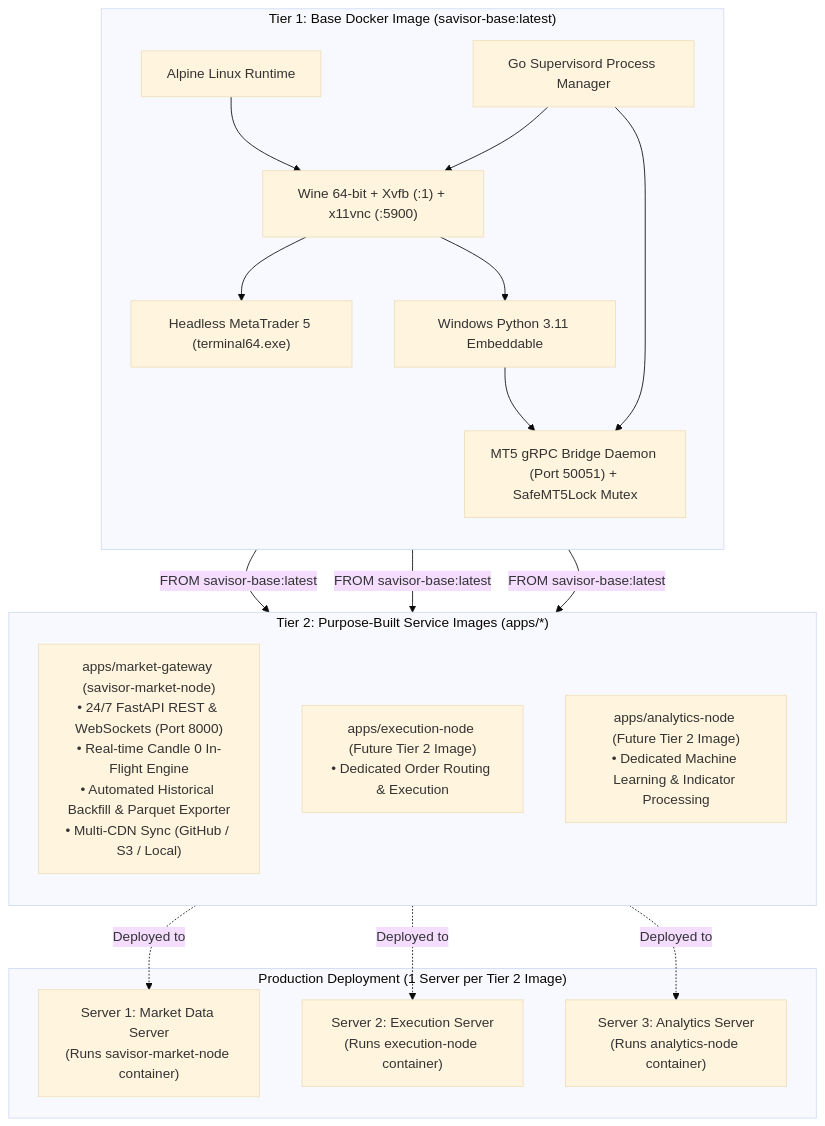
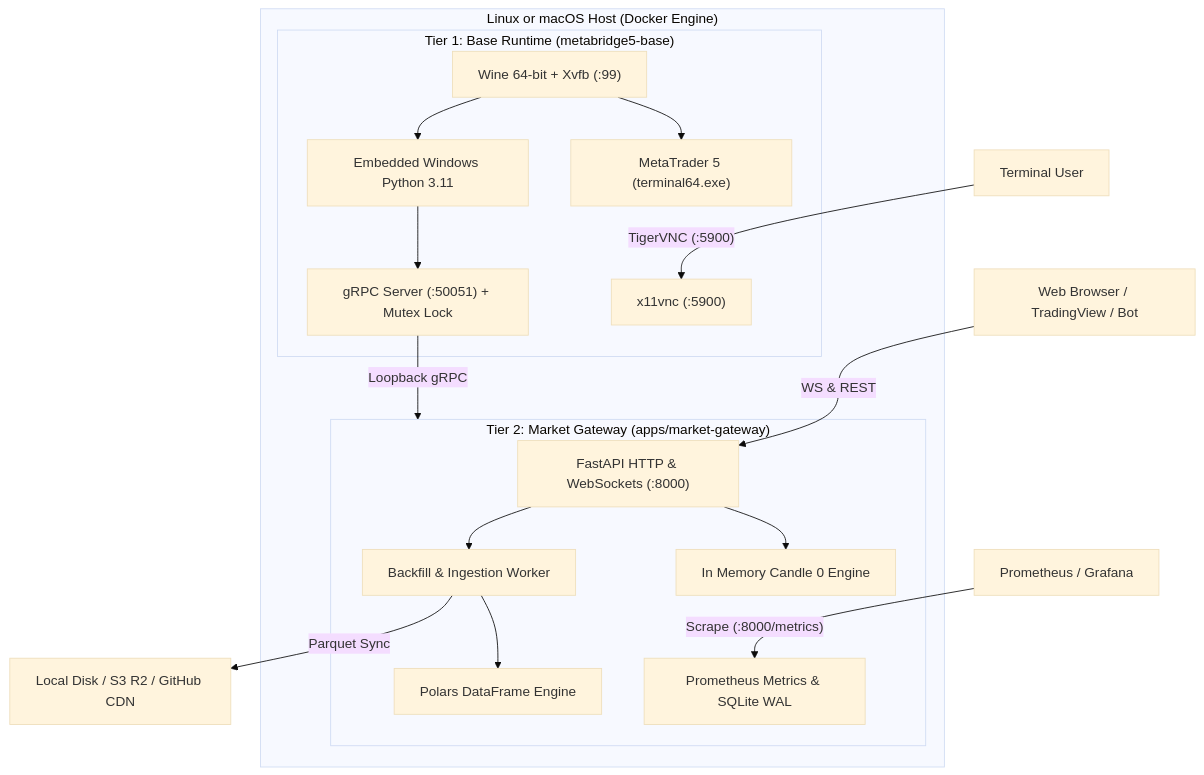
One commit to devffex/MetaBridge5 changed the first of 4 diagrams in README.md. Above: the diagram before and after it, drawn with Mermaid (base theme). The commit also changed other lines of this file and 74 other files, not shown here.

Commit message:
feat: transition to MetaBridge5 with portable MT5 setup, backfill pipeline enhancements, and production docs

````diff
--- a/README.md
+++ b/README.md
@@ -13,40 +29,33 @@
 ```mermaid
 flowchart TD
-    subgraph Tier1 ["Tier 1: Base Docker Image (savisor-base:latest)"]
-        direction TB
-        AlpineOS["Alpine Linux Runtime"]
-        WineEnv["Wine 64-bit + Xvfb (:1) + x11vnc (:5900)"]
-        MT5Engine["Headless MetaTrader 5 (terminal64.exe)"]
-        WinPython["Windows Python 3.11 Embeddable"]
-        GRPCDaemon["MT5 gRPC Bridge Daemon (Port 50051) + SafeMT5Lock Mutex"]
-        GoSupervisord["Go Supervisord Process Manager"]
-        
-        AlpineOS --> WineEnv
-        WineEnv --> MT5Engine
-        WineEnv --> WinPython
-        WinPython --> GRPCDaemon
-        GoSupervisord --> WineEnv
-        GoSupervisord --> GRPCDaemon
+    subgraph Host ["Linux or macOS Host (Docker Engine)"]
+        subgraph BaseNode ["Tier 1: Base Runtime (metabridge5-base)"]
+            Wine["Wine 64-bit + Xvfb (:99)"]
+            MT5["MetaTrader 5 (terminal64.exe)"]
+            WinPy["Embedded Windows Python 3.11"]
+            Daemon["gRPC Server (:50051) + Mutex Lock"]
+            VNC["x11vnc (:5900)"]
+            Wine --> MT5
+            Wine --> WinPy
+            WinPy --> Daemon
+        end
+
+        subgraph MarketGateway ["Tier 2: Market Gateway (apps/market-gateway)"]
+            FastAPI["FastAPI HTTP & WebSockets (:8000)"]
+            C0["In Memory Candle 0 Engine"]
+            Worker["Backfill & Ingestion Worker"]
+            Polars["Polars DataFrame Engine"]
+            Telemetry["Prometheus Metrics & SQLite WAL"]
+            FastAPI --> C0
+            FastAPI --> Worker
+            Worker --> Polars
+        end
+
+        Daemon -- Loopback gRPC --> MarketGateway
     end
 
-    subgraph Tier2 ["Tier 2: Purpose-Built Service Images (apps/*)"]
-        direction TB
-        MarketNode["apps/market-gateway (savisor-market-node)<br/>• 24/7 FastAPI REST & WebSockets (Port 8000)<br/>• Real-time Candle 0 In-Flight Engine<br/>• Automated Historical Backfill & Parquet Exporter<br/>• Multi-CDN Sync (GitHub / S3 / Local)"]
-        FutureExecution["apps/execution-node (Future Tier 2 Image)<br/>• Dedicated Order Routing & Execution"]
-        FutureML["apps/analytics-node (Future Tier 2 Image)<br/>• Dedicated Machine Learning & Indicator Processing"]
-    end
-
-    subgraph IsolatedDeployments ["Production Deployment (1 Server per Tier 2 Image)"]
-        Server1["Server 1: Market Data Server<br/>(Runs savisor-market-node container)"]
-        Server2["Server 2: Execution Server<br/>(Runs execution-node container)"]
-        Server3["Server 3: Analytics Server<br/>(Runs analytics-node container)"]
-    end
-
-    Tier1 -->|"FROM savisor-base:latest"| MarketNode
-    Tier1 -->|"FROM savisor-base:latest"| FutureExecution
-    Tier1 -->|"FROM savisor-base:latest"| FutureML
-
-    MarketNode -.->|"Deployed to"| Server1
-    FutureExecution -.->|"Deployed to"| Server2
-    FutureML -.->|"Deployed to"| Server3
+    Client["Web Browser / TradingView / Bot"] -- WS & REST --> FastAPI
+    Admin["Terminal User"] -- TigerVNC (:5900) --> VNC
+    Prom["Prometheus / Grafana"] -- Scrape (:8000/metrics) --> Telemetry
+    Worker -- Parquet Sync --> Storage["Local Disk / S3 R2 / GitHub CDN"]
 ```
````
